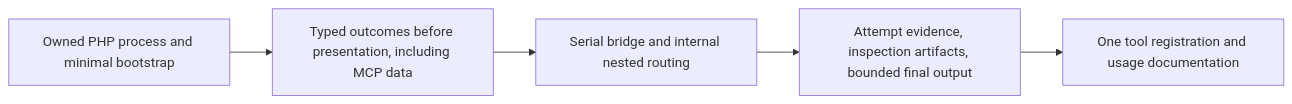
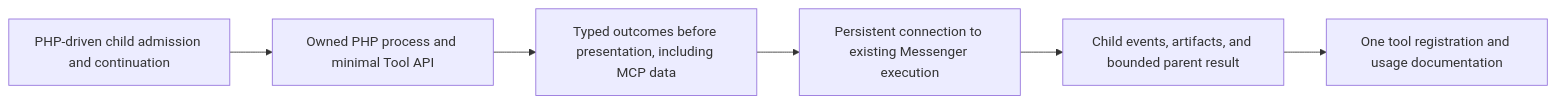
Before and after one commit to ineersa/agent-core: diagram 11 of 11 in architecture/php-code-mode-discovery.md, drawn with Mermaid. The commit also changed other lines of this file, not shown here.

Commit message:
docs: route PHP code mode through child runs and Messenger

````diff
--- a/architecture/php-code-mode-discovery.md
+++ b/architecture/php-code-mode-discovery.md
@@ -437,7 +541,8 @@
 ```mermaid
 flowchart LR
-    Process[Owned PHP process and minimal bootstrap] --> Values[Typed outcomes before presentation, including MCP data]
-    Values --> Bridge[Serial bridge and internal nested routing]
-    Bridge --> Records[Attempt evidence, inspection artifacts, bounded final output]
+    Run[PHP-driven child admission and continuation] --> Process[Owned PHP process and minimal Tool API]
+    Process --> Values[Typed outcomes before presentation, including MCP data]
+    Values --> Bridge[Persistent connection to existing Messenger execution]
+    Bridge --> Records[Child events, artifacts, and bounded parent result]
     Records --> Tool[One tool registration and usage documentation]
 ```
````
